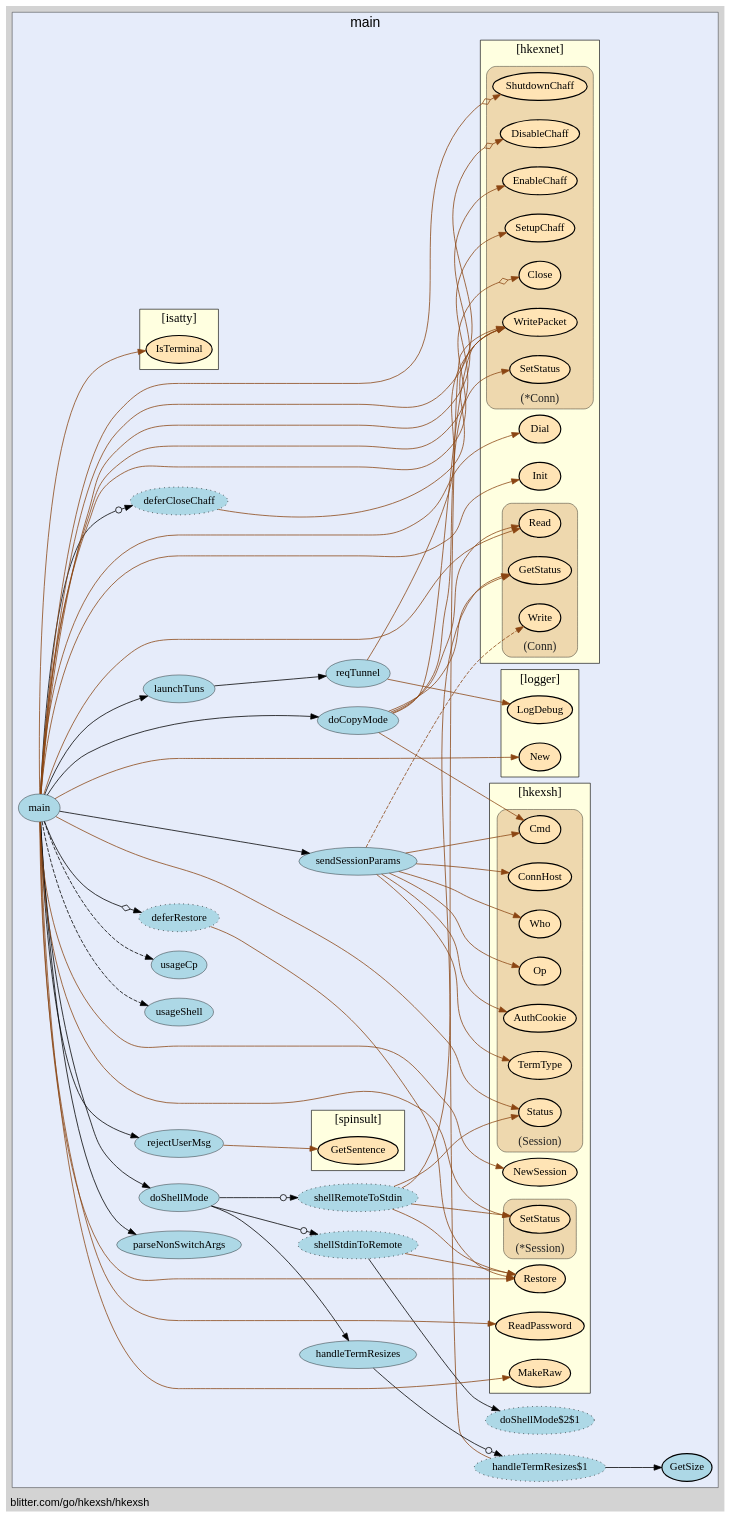
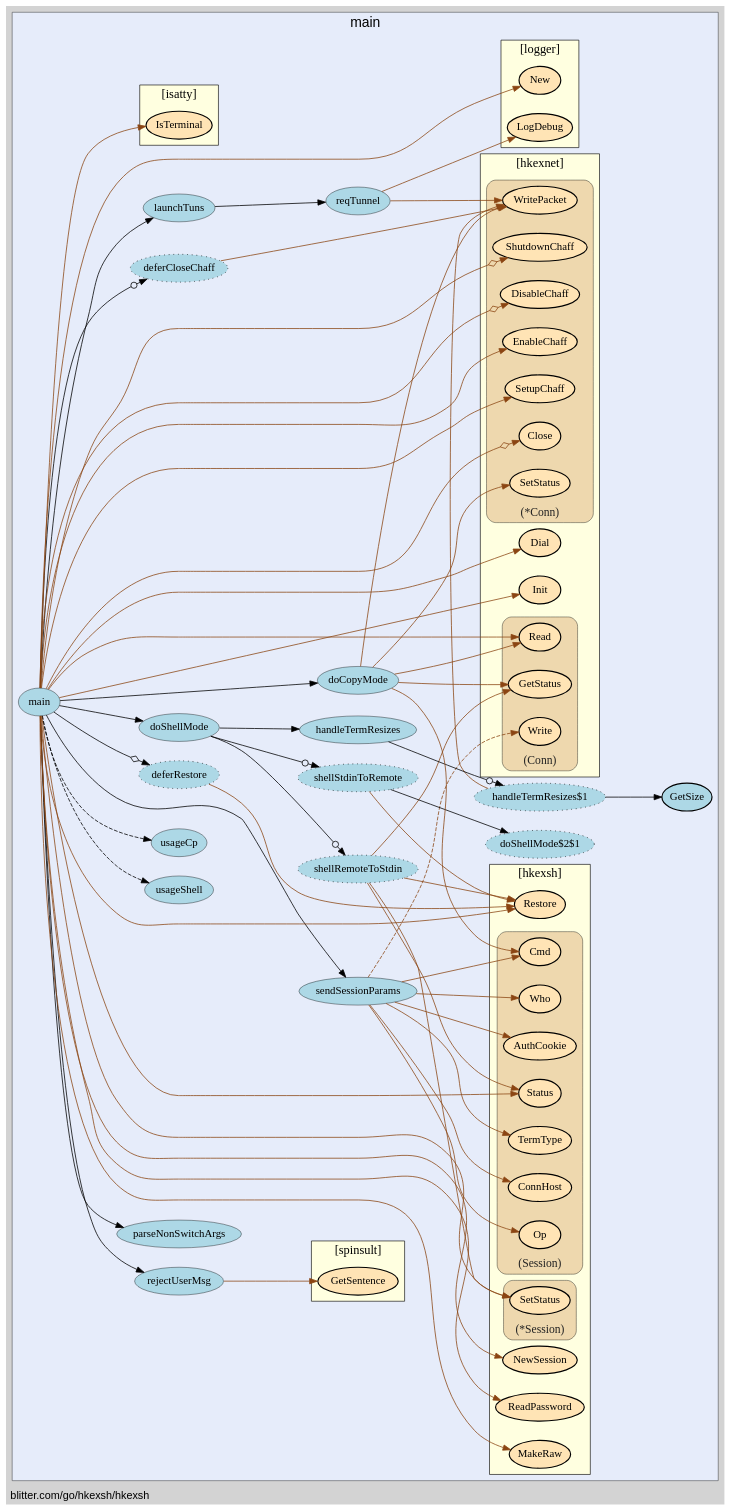
The diagram in hkexsh/hkexsh-vis.gv (isgasho/xs), drawn with Graphviz before and after one commit. The commit also changed 7 other files, not shown here.

```diff
--- a/hkexsh/hkexsh-vis.gv
+++ b/hkexsh/hkexsh-vis.gv
@@ -20,102 +20,102 @@
 labeljust="c";
 fontsize="18";
         
-        "blitter.com/go/hkexsh/hkexsh.reqTunnel" [ fillcolor="lightblue" label="reqTunnel" penwidth="0.5" ]
+        "blitter.com/go/hkexsh/hkexsh.rejectUserMsg" [ penwidth="0.5" fillcolor="lightblue" label="rejectUserMsg" ]
+        "blitter.com/go/hkexsh/hkexsh.reqTunnel" [ label="reqTunnel" penwidth="0.5" fillcolor="lightblue" ]
+        "blitter.com/go/hkexsh/hkexsh.main" [ fillcolor="lightblue" label="main" penwidth="0.5" ]
+        "blitter.com/go/hkexsh/hkexsh.parseNonSwitchArgs" [ label="parseNonSwitchArgs" penwidth="0.5" fillcolor="lightblue" ]
+        "blitter.com/go/hkexsh/hkexsh.main$1" [ style="dotted,filled" fillcolor="lightblue" label="deferRestore" ]
+        "blitter.com/go/hkexsh/hkexsh.sendSessionParams" [ fillcolor="lightblue" label="sendSessionParams" penwidth="0.5" ]
+        "blitter.com/go/hkexsh/hkexsh.main$2" [ label="deferCloseChaff" style="dotted,filled" fillcolor="lightblue" ]
         "blitter.com/go/hkexsh/hkexsh.launchTuns" [ fillcolor="lightblue" label="launchTuns" penwidth="0.5" ]
-        "blitter.com/go/hkexsh/hkexsh.doShellMode$1" [ style="dotted,filled" fillcolor="lightblue" label="shellRemoteToStdin" ]
-        "blitter.com/go/hkexsh/hkexsh.doShellMode" [ label="doShellMode" penwidth="0.5" fillcolor="lightblue" ]
+        "blitter.com/go/hkexsh/hkexsh.doShellMode$1" [ fillcolor="lightblue" label="shellRemoteToStdin" style="dotted,filled" ]
+        "blitter.com/go/hkexsh/hkexsh.doShellMode" [ fillcolor="lightblue" label="doShellMode" penwidth="0.5" ]
         "blitter.com/go/hkexsh/hkexsh.handleTermResizes$1" [ fillcolor="lightblue" label="handleTermResizes$1" style="dotted,filled" ]
         "blitter.com/go/hkexsh/hkexsh.GetSize" [ fillcolor="lightblue" label="GetSize" penwidth="1.5" ]
         "blitter.com/go/hkexsh/hkexsh.handleTermResizes" [ fillcolor="lightblue" label="handleTermResizes" penwidth="0.5" ]
-        "blitter.com/go/hkexsh/hkexsh.doShellMode$2" [ style="dotted,filled" fillcolor="lightblue" label="shellStdinToRemote" ]
+        "blitter.com/go/hkexsh/hkexsh.doShellMode$2" [ label="shellStdinToRemote" style="dotted,filled" fillcolor="lightblue" ]
         "blitter.com/go/hkexsh/hkexsh.doShellMode$2$1" [ fillcolor="lightblue" label="doShellMode$2$1" style="dotted,filled" ]
-        "blitter.com/go/hkexsh/hkexsh.main$1" [ fillcolor="lightblue" label="deferRestore" style="dotted,filled" ]
-        "blitter.com/go/hkexsh/hkexsh.main" [ fillcolor="lightblue" label="main" penwidth="0.5" ]
-        "blitter.com/go/hkexsh/hkexsh.parseNonSwitchArgs" [ fillcolor="lightblue" label="parseNonSwitchArgs" penwidth="0.5" ]
-        "blitter.com/go/hkexsh/hkexsh.sendSessionParams" [ fillcolor="lightblue" label="sendSessionParams" penwidth="0.5" ]
-        "blitter.com/go/hkexsh/hkexsh.rejectUserMsg" [ label="rejectUserMsg" penwidth="0.5" fillcolor="lightblue" ]
-        "blitter.com/go/hkexsh/hkexsh.main$2" [ fillcolor="lightblue" label="deferCloseChaff" style="dotted,filled" ]
-        "blitter.com/go/hkexsh/hkexsh.doCopyMode" [ fillcolor="lightblue" label="doCopyMode" penwidth="0.5" ]
-        "blitter.com/go/hkexsh/hkexsh.usageShell" [ fillcolor="lightblue" label="usageShell" penwidth="0.5" ]
+        "blitter.com/go/hkexsh/hkexsh.doCopyMode" [ label="doCopyMode" penwidth="0.5" fillcolor="lightblue" ]
+        "blitter.com/go/hkexsh/hkexsh.usageShell" [ label="usageShell" penwidth="0.5" fillcolor="lightblue" ]
         "blitter.com/go/hkexsh/hkexsh.usageCp" [ fillcolor="lightblue" label="usageCp" penwidth="0.5" ]
         
         subgraph "cluster_blitter.com/go/hkexsh" {
-        tooltip="package: blitter.com/go/hkexsh";
+        style="filled";
+fillcolor="lightyellow";
+fontname="bold";
 penwidth="0.8";
-fillcolor="lightyellow";
+fontsize="16";
+URL="/?f=blitter.com/go/hkexsh";
+tooltip="package: blitter.com/go/hkexsh";
 rank="sink";
 label="[hkexsh]";
-URL="/?f=blitter.com/go/hkexsh";
-fontsize="16";
-style="filled";
-fontname="bold";
         
-        "blitter.com/go/hkexsh.Restore" [ label="Restore" penwidth="1.5" fillcolor="moccasin" ]
         "blitter.com/go/hkexsh.MakeRaw" [ fillcolor="moccasin" label="MakeRaw" penwidth="1.5" ]
-        "blitter.com/go/hkexsh.ReadPassword" [ penwidth="1.5" fillcolor="moccasin" label="ReadPassword" ]
+        "blitter.com/go/hkexsh.Restore" [ penwidth="1.5" fillcolor="moccasin" label="Restore" ]
+        "blitter.com/go/hkexsh.ReadPassword" [ fillcolor="moccasin" label="ReadPassword" penwidth="1.5" ]
         "blitter.com/go/hkexsh.NewSession" [ fillcolor="moccasin" label="NewSession" penwidth="1.5" ]
         
         subgraph "cluster_*blitter.com/go/hkexsh.Session" {
-        tooltip="type: *blitter.com/go/hkexsh.Session";
-penwidth="0.5";
+        penwidth="0.5";
 fontsize="15";
 fontcolor="#222222";
 labelloc="b";
 style="rounded,filled";
 fillcolor="wheat2";
 label="(*Session)";
+tooltip="type: *blitter.com/go/hkexsh.Session";
         
         "(*blitter.com/go/hkexsh.Session).SetStatus" [ fillcolor="moccasin" label="SetStatus" penwidth="1.5" ]
         
     }
 
         subgraph "cluster_blitter.com/go/hkexsh.Session" {
-        fillcolor="wheat2";
+        fontsize="15";
+fontcolor="#222222";
+labelloc="b";
+style="rounded,filled";
+fillcolor="wheat2";
 label="(Session)";
 tooltip="type: blitter.com/go/hkexsh.Session";
 penwidth="0.5";
-fontsize="15";
-fontcolor="#222222";
-labelloc="b";
-style="rounded,filled";
         
-        "(blitter.com/go/hkexsh.Session).Status" [ fillcolor="moccasin" label="Status" penwidth="1.5" ]
-        "(blitter.com/go/hkexsh.Session).Op" [ label="Op" penwidth="1.5" fillcolor="moccasin" ]
-        "(blitter.com/go/hkexsh.Session).Who" [ label="Who" penwidth="1.5" fillcolor="moccasin" ]
+        "(blitter.com/go/hkexsh.Session).Op" [ fillcolor="moccasin" label="Op" penwidth="1.5" ]
+        "(blitter.com/go/hkexsh.Session).Who" [ fillcolor="moccasin" label="Who" penwidth="1.5" ]
         "(blitter.com/go/hkexsh.Session).ConnHost" [ fillcolor="moccasin" label="ConnHost" penwidth="1.5" ]
-        "(blitter.com/go/hkexsh.Session).TermType" [ fillcolor="moccasin" label="TermType" penwidth="1.5" ]
-        "(blitter.com/go/hkexsh.Session).Cmd" [ penwidth="1.5" fillcolor="moccasin" label="Cmd" ]
+        "(blitter.com/go/hkexsh.Session).TermType" [ penwidth="1.5" fillcolor="moccasin" label="TermType" ]
+        "(blitter.com/go/hkexsh.Session).Cmd" [ fillcolor="moccasin" label="Cmd" penwidth="1.5" ]
         "(blitter.com/go/hkexsh.Session).AuthCookie" [ fillcolor="moccasin" label="AuthCookie" penwidth="1.5" ]
+        "(blitter.com/go/hkexsh.Session).Status" [ penwidth="1.5" fillcolor="moccasin" label="Status" ]
         
     }
 
     }
 
         subgraph "cluster_blitter.com/go/hkexsh/hkexnet" {
-        penwidth="0.8";
+        fontname="bold";
+URL="/?f=blitter.com/go/hkexsh/hkexnet";
+fillcolor="lightyellow";
 fontsize="16";
 style="filled";
-fillcolor="lightyellow";
-fontname="bold";
 rank="sink";
 label="[hkexnet]";
-URL="/?f=blitter.com/go/hkexsh/hkexnet";
 tooltip="package: blitter.com/go/hkexsh/hkexnet";
+penwidth="0.8";
         
-        "blitter.com/go/hkexsh/hkexnet.Init" [ fillcolor="moccasin" label="Init" penwidth="1.5" ]
+        "blitter.com/go/hkexsh/hkexnet.Init" [ penwidth="1.5" fillcolor="moccasin" label="Init" ]
         "blitter.com/go/hkexsh/hkexnet.Dial" [ fillcolor="moccasin" label="Dial" penwidth="1.5" ]
         
         subgraph "cluster_*blitter.com/go/hkexsh/hkexnet.Conn" {
-        tooltip="type: *blitter.com/go/hkexsh/hkexnet.Conn";
-penwidth="0.5";
-fontsize="15";
+        fontsize="15";
 fontcolor="#222222";
 labelloc="b";
 style="rounded,filled";
 fillcolor="wheat2";
 label="(*Conn)";
+tooltip="type: *blitter.com/go/hkexsh/hkexnet.Conn";
+penwidth="0.5";
         
-        "(*blitter.com/go/hkexsh/hkexnet.Conn).WritePacket" [ fillcolor="moccasin" label="WritePacket" penwidth="1.5" ]
+        "(*blitter.com/go/hkexsh/hkexnet.Conn).WritePacket" [ label="WritePacket" penwidth="1.5" fillcolor="moccasin" ]
         "(*blitter.com/go/hkexsh/hkexnet.Conn).Close" [ fillcolor="moccasin" label="Close" penwidth="1.5" ]
         "(*blitter.com/go/hkexsh/hkexnet.Conn).SetupChaff" [ fillcolor="moccasin" label="SetupChaff" penwidth="1.5" ]
         "(*blitter.com/go/hkexsh/hkexnet.Conn).EnableChaff" [ fillcolor="moccasin" label="EnableChaff" penwidth="1.5" ]
@@ -126,94 +126,82 @@
     }
 
         subgraph "cluster_blitter.com/go/hkexsh/hkexnet.Conn" {
-        fontcolor="#222222";
+        penwidth="0.5";
+fontsize="15";
+fontcolor="#222222";
 labelloc="b";
 style="rounded,filled";
 fillcolor="wheat2";
 label="(Conn)";
 tooltip="type: blitter.com/go/hkexsh/hkexnet.Conn";
-penwidth="0.5";
-fontsize="15";
         
-        "(blitter.com/go/hkexsh/hkexnet.Conn).GetStatus" [ fillcolor="moccasin" label="GetStatus" penwidth="1.5" ]
         "(blitter.com/go/hkexsh/hkexnet.Conn).Write" [ fillcolor="moccasin" label="Write" penwidth="1.5" ]
         "(blitter.com/go/hkexsh/hkexnet.Conn).Read" [ fillcolor="moccasin" label="Read" penwidth="1.5" ]
+        "(blitter.com/go/hkexsh/hkexnet.Conn).GetStatus" [ fillcolor="moccasin" label="GetStatus" penwidth="1.5" ]
         
     }
 
     }
 
         subgraph "cluster_blitter.com/go/hkexsh/logger" {
-        style="filled";
-fillcolor="lightyellow";
-URL="/?f=blitter.com/go/hkexsh/logger";
+        fontsize="16";
+style="filled";
+fontname="bold";
+tooltip="package: blitter.com/go/hkexsh/logger";
 penwidth="0.8";
-fontsize="16";
-fontname="bold";
 rank="sink";
 label="[logger]";
-tooltip="package: blitter.com/go/hkexsh/logger";
+URL="/?f=blitter.com/go/hkexsh/logger";
+fillcolor="lightyellow";
         
-        "blitter.com/go/hkexsh/logger.LogDebug" [ label="LogDebug" penwidth="1.5" fillcolor="moccasin" ]
-        "blitter.com/go/hkexsh/logger.New" [ label="New" penwidth="1.5" fillcolor="moccasin" ]
+        "blitter.com/go/hkexsh/logger.LogDebug" [ fillcolor="moccasin" label="LogDebug" penwidth="1.5" ]
+        "blitter.com/go/hkexsh/logger.New" [ fillcolor="moccasin" label="New" penwidth="1.5" ]
         
     }
 
         subgraph "cluster_blitter.com/go/hkexsh/spinsult" {
-        rank="sink";
+        label="[spinsult]";
+tooltip="package: blitter.com/go/hkexsh/spinsult";
 penwidth="0.8";
 fontsize="16";
+fontname="bold";
+URL="/?f=blitter.com/go/hkexsh/spinsult";
 style="filled";
-fontname="bold";
 fillcolor="lightyellow";
-label="[spinsult]";
-URL="/?f=blitter.com/go/hkexsh/spinsult";
-tooltip="package: blitter.com/go/hkexsh/spinsult";
+rank="sink";
         
         "blitter.com/go/hkexsh/spinsult.GetSentence" [ fillcolor="moccasin" label="GetSentence" penwidth="1.5" ]
         
     }
 
         subgraph "cluster_github.com/mattn/go-isatty" {
-        fillcolor="lightyellow";
+        URL="/?f=github.com/mattn/go-isatty";
+tooltip="package: github.com/mattn/go-isatty";
+fontsize="16";
 fontname="bold";
-tooltip="package: github.com/mattn/go-isatty";
-penwidth="0.8";
-fontsize="16";
-style="filled";
 rank="sink";
 label="[isatty]";
-URL="/?f=github.com/mattn/go-isatty";
+penwidth="0.8";
+style="filled";
+fillcolor="lightyellow";
         
-        "github.com/mattn/go-isatty.IsTerminal" [ fillcolor="moccasin" label="IsTerminal" penwidth="1.5" ]
+        "github.com/mattn/go-isatty.IsTerminal" [ label="IsTerminal" penwidth="1.5" fillcolor="moccasin" ]
         
     }
 
     }
 
+    "blitter.com/go/hkexsh/hkexsh.rejectUserMsg" -> "blitter.com/go/hkexsh/spinsult.GetSentence" [ color="saddlebrown" ]
     "blitter.com/go/hkexsh/hkexsh.reqTunnel" -> "blitter.com/go/hkexsh/logger.LogDebug" [ color="saddlebrown" ]
     "blitter.com/go/hkexsh/hkexsh.reqTunnel" -> "(*blitter.com/go/hkexsh/hkexnet.Conn).WritePacket" [ color="saddlebrown" ]
-    "blitter.com/go/hkexsh/hkexsh.launchTuns" -> "blitter.com/go/hkexsh/hkexsh.reqTunnel" [  ]
-    "blitter.com/go/hkexsh/hkexsh.doShellMode$1" -> "blitter.com/go/hkexsh.Restore" [ color="saddlebrown" ]
-    "blitter.com/go/hkexsh/hkexsh.doShellMode$1" -> "(blitter.com/go/hkexsh/hkexnet.Conn).GetStatus" [ color="saddlebrown" ]
-    "blitter.com/go/hkexsh/hkexsh.doShellMode$1" -> "(*blitter.com/go/hkexsh.Session).SetStatus" [ color="saddlebrown" ]
-    "blitter.com/go/hkexsh/hkexsh.doShellMode$1" -> "(blitter.com/go/hkexsh.Session).Status" [ color="saddlebrown" ]
-    "blitter.com/go/hkexsh/hkexsh.doShellMode" -> "blitter.com/go/hkexsh/hkexsh.doShellMode$1" [ arrowhead="normalnoneodot" ]
-    "blitter.com/go/hkexsh/hkexsh.handleTermResizes$1" -> "blitter.com/go/hkexsh/hkexsh.GetSize" [  ]
-    "blitter.com/go/hkexsh/hkexsh.handleTermResizes$1" -> "(*blitter.com/go/hkexsh/hkexnet.Conn).WritePacket" [ color="saddlebrown" ]
-    "blitter.com/go/hkexsh/hkexsh.handleTermResizes" -> "blitter.com/go/hkexsh/hkexsh.handleTermResizes$1" [ arrowhead="normalnoneodot" ]
-    "blitter.com/go/hkexsh/hkexsh.doShellMode" -> "blitter.com/go/hkexsh/hkexsh.handleTermResizes" [  ]
-    "blitter.com/go/hkexsh/hkexsh.doShellMode$2" -> "blitter.com/go/hkexsh/hkexsh.doShellMode$2$1" [  ]
-    "blitter.com/go/hkexsh/hkexsh.doShellMode$2" -> "blitter.com/go/hkexsh.Restore" [ color="saddlebrown" ]
-    "blitter.com/go/hkexsh/hkexsh.doShellMode" -> "blitter.com/go/hkexsh/hkexsh.doShellMode$2" [ arrowhead="normalnoneodot" ]
-    "blitter.com/go/hkexsh/hkexsh.main$1" -> "blitter.com/go/hkexsh.Restore" [ color="saddlebrown" ]
     "blitter.com/go/hkexsh/hkexsh.main" -> "blitter.com/go/hkexsh/hkexsh.parseNonSwitchArgs" [  ]
     "blitter.com/go/hkexsh/hkexsh.main" -> "blitter.com/go/hkexsh/logger.New" [ color="saddlebrown" ]
     "blitter.com/go/hkexsh/hkexsh.main" -> "blitter.com/go/hkexsh/hkexnet.Init" [ color="saddlebrown" ]
     "blitter.com/go/hkexsh/hkexsh.main" -> "blitter.com/go/hkexsh/hkexnet.Dial" [ color="saddlebrown" ]
-    "blitter.com/go/hkexsh/hkexsh.main" -> "(*blitter.com/go/hkexsh/hkexnet.Conn).Close" [ color="saddlebrown" arrowhead="normalnoneodiamond" ]
+    "blitter.com/go/hkexsh/hkexsh.main" -> "(*blitter.com/go/hkexsh/hkexnet.Conn).Close" [ arrowhead="normalnoneodiamond" color="saddlebrown" ]
     "blitter.com/go/hkexsh/hkexsh.main" -> "github.com/mattn/go-isatty.IsTerminal" [ color="saddlebrown" ]
     "blitter.com/go/hkexsh/hkexsh.main" -> "blitter.com/go/hkexsh.MakeRaw" [ color="saddlebrown" ]
+    "blitter.com/go/hkexsh/hkexsh.main$1" -> "blitter.com/go/hkexsh.Restore" [ color="saddlebrown" ]
     "blitter.com/go/hkexsh/hkexsh.main" -> "blitter.com/go/hkexsh/hkexsh.main$1" [ arrowhead="normalnoneodiamond" ]
     "blitter.com/go/hkexsh/hkexsh.main" -> "blitter.com/go/hkexsh.ReadPassword" [ color="saddlebrown" ]
     "blitter.com/go/hkexsh/hkexsh.main" -> "blitter.com/go/hkexsh.NewSession" [ color="saddlebrown" ]
@@ -227,7 +215,6 @@
     "blitter.com/go/hkexsh/hkexsh.main" -> "blitter.com/go/hkexsh/hkexsh.sendSessionParams" [  ]
     "blitter.com/go/hkexsh/hkexsh.main" -> "(blitter.com/go/hkexsh/hkexnet.Conn).Read" [ color="saddlebrown" ]
     "blitter.com/go/hkexsh/hkexsh.main" -> "(*blitter.com/go/hkexsh.Session).SetStatus" [ color="saddlebrown" ]
-    "blitter.com/go/hkexsh/hkexsh.rejectUserMsg" -> "blitter.com/go/hkexsh/spinsult.GetSentence" [ color="saddlebrown" ]
     "blitter.com/go/hkexsh/hkexsh.main" -> "blitter.com/go/hkexsh/hkexsh.rejectUserMsg" [  ]
     "blitter.com/go/hkexsh/hkexsh.main" -> "(*blitter.com/go/hkexsh/hkexnet.Conn).SetupChaff" [ color="saddlebrown" ]
     "blitter.com/go/hkexsh/hkexsh.main" -> "(*blitter.com/go/hkexsh/hkexnet.Conn).EnableChaff" [ color="saddlebrown" ]
@@ -235,7 +222,20 @@
     "blitter.com/go/hkexsh/hkexsh.main" -> "(*blitter.com/go/hkexsh/hkexnet.Conn).ShutdownChaff" [ arrowhead="normalnoneodiamond" color="saddlebrown" ]
     "blitter.com/go/hkexsh/hkexsh.main$2" -> "(*blitter.com/go/hkexsh/hkexnet.Conn).WritePacket" [ color="saddlebrown" ]
     "blitter.com/go/hkexsh/hkexsh.main" -> "blitter.com/go/hkexsh/hkexsh.main$2" [ arrowhead="normalnoneodot" ]
+    "blitter.com/go/hkexsh/hkexsh.launchTuns" -> "blitter.com/go/hkexsh/hkexsh.reqTunnel" [  ]
     "blitter.com/go/hkexsh/hkexsh.main" -> "blitter.com/go/hkexsh/hkexsh.launchTuns" [  ]
+    "blitter.com/go/hkexsh/hkexsh.doShellMode$1" -> "blitter.com/go/hkexsh.Restore" [ color="saddlebrown" ]
+    "blitter.com/go/hkexsh/hkexsh.doShellMode$1" -> "(blitter.com/go/hkexsh/hkexnet.Conn).GetStatus" [ color="saddlebrown" ]
+    "blitter.com/go/hkexsh/hkexsh.doShellMode$1" -> "(*blitter.com/go/hkexsh.Session).SetStatus" [ color="saddlebrown" ]
+    "blitter.com/go/hkexsh/hkexsh.doShellMode$1" -> "(blitter.com/go/hkexsh.Session).Status" [ color="saddlebrown" ]
+    "blitter.com/go/hkexsh/hkexsh.doShellMode" -> "blitter.com/go/hkexsh/hkexsh.doShellMode$1" [ arrowhead="normalnoneodot" ]
+    "blitter.com/go/hkexsh/hkexsh.handleTermResizes$1" -> "blitter.com/go/hkexsh/hkexsh.GetSize" [  ]
+    "blitter.com/go/hkexsh/hkexsh.handleTermResizes$1" -> "(*blitter.com/go/hkexsh/hkexnet.Conn).WritePacket" [ color="saddlebrown" ]
+    "blitter.com/go/hkexsh/hkexsh.handleTermResizes" -> "blitter.com/go/hkexsh/hkexsh.handleTermResizes$1" [ arrowhead="normalnoneodot" ]
+    "blitter.com/go/hkexsh/hkexsh.doShellMode" -> "blitter.com/go/hkexsh/hkexsh.handleTermResizes" [  ]
+    "blitter.com/go/hkexsh/hkexsh.doShellMode$2" -> "blitter.com/go/hkexsh/hkexsh.doShellMode$2$1" [  ]
+    "blitter.com/go/hkexsh/hkexsh.doShellMode$2" -> "blitter.com/go/hkexsh.Restore" [ color="saddlebrown" ]
+    "blitter.com/go/hkexsh/hkexsh.doShellMode" -> "blitter.com/go/hkexsh/hkexsh.doShellMode$2" [ arrowhead="normalnoneodot" ]
     "blitter.com/go/hkexsh/hkexsh.main" -> "blitter.com/go/hkexsh/hkexsh.doShellMode" [  ]
     "blitter.com/go/hkexsh/hkexsh.main" -> "(blitter.com/go/hkexsh.Session).Status" [ color="saddlebrown" ]
     "blitter.com/go/hkexsh/hkexsh.doCopyMode" -> "(blitter.com/go/hkexsh.Session).Cmd" [ color="saddlebrown" ]
```
